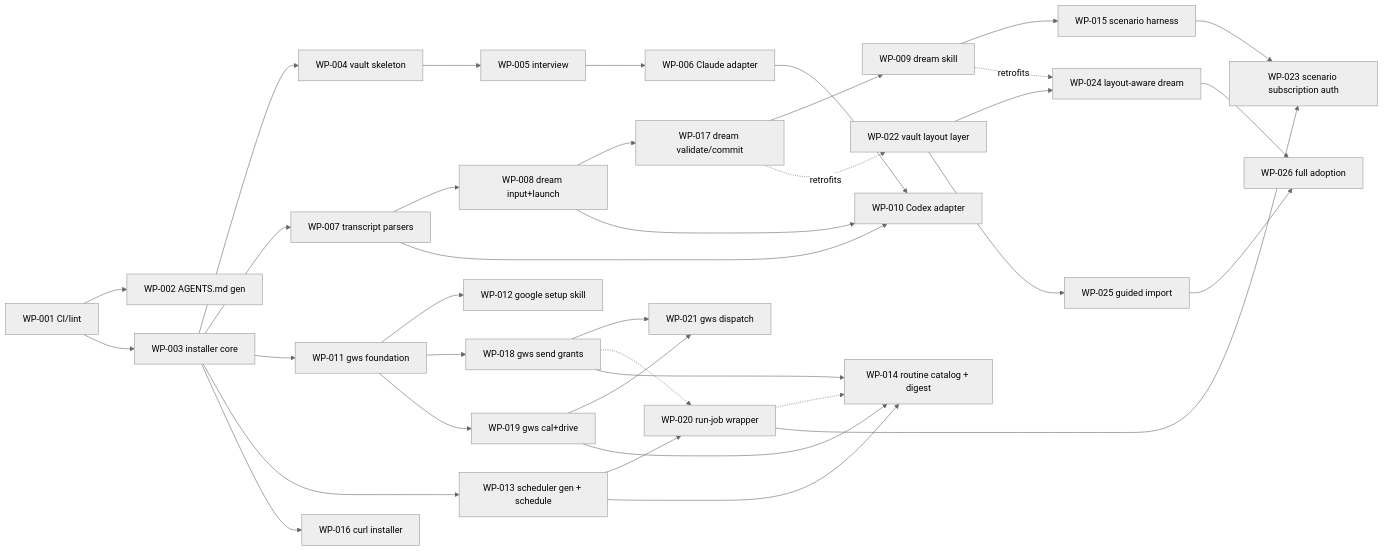
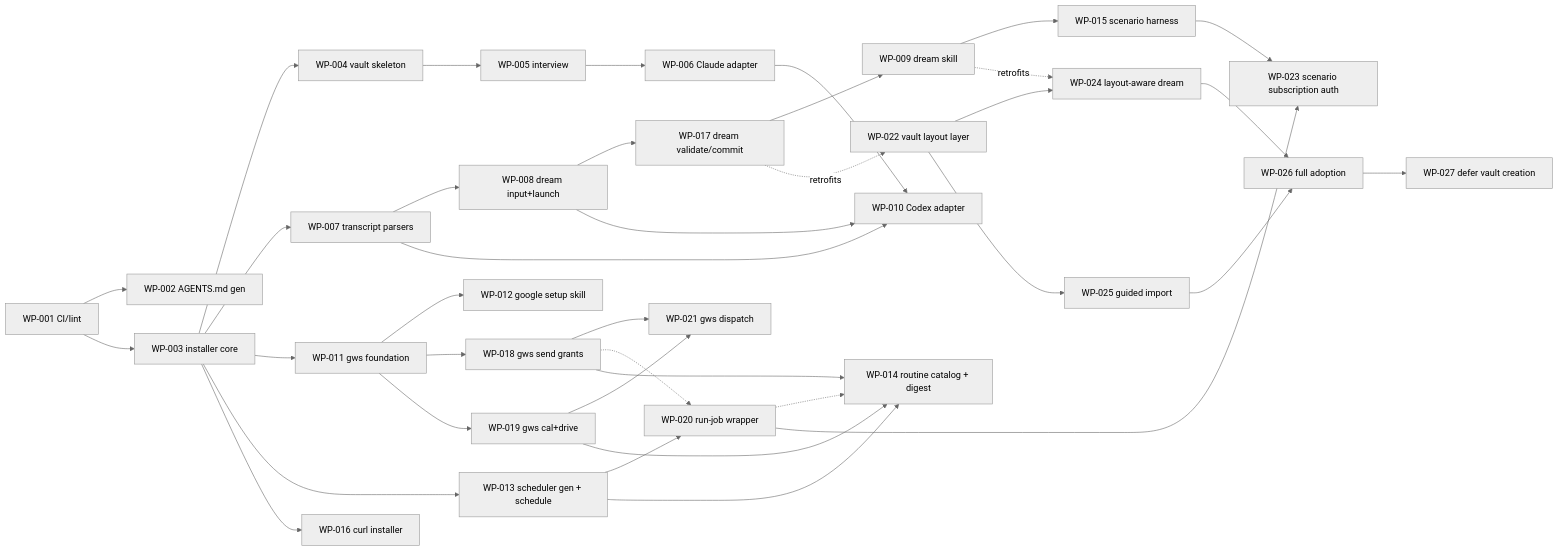
Before and after one commit to wienerdog-ai/wienerdog: the diagram in docs/specs/ROADMAP.md, drawn with Mermaid (neutral theme). The commit also changed other lines of this file and 1 other file, not shown here.

Commit message:
docs(specs): WP-027 defer vault creation to the setup choice — Ready
Fixes the phantom-vault rough edge: init leaves vault: null + a next-step,
doctor warns (not fails) on no-vault-yet, and the setup skill's fresh/import
paths run 'init --fresh-vault' explicitly. Adopt no longer competes with an
eagerly-created default vault.

Claude-Session: https://claude.ai/code/session_014EA5BsHCfHRViJFXdovC86

````diff
--- a/docs/specs/ROADMAP.md
+++ b/docs/specs/ROADMAP.md
@@ -51,38 +52,39 @@
 ```mermaid
 graph LR
   WP001[WP-001 CI/lint] --> WP002[WP-002 AGENTS.md gen]
   WP001 --> WP003[WP-003 installer core]
   WP003 --> WP004[WP-004 vault skeleton]
   WP004 --> WP005[WP-005 interview]
   WP005 --> WP006[WP-006 Claude adapter]
   WP003 --> WP007[WP-007 transcript parsers]
   WP007 --> WP008[WP-008 dream input+launch]
   WP008 --> WP017[WP-017 dream validate/commit]
   WP017 --> WP009[WP-009 dream skill]
   WP006 --> WP010[WP-010 Codex adapter]
   WP007 --> WP010
   WP008 --> WP010
   WP003 --> WP011[WP-011 gws foundation]
   WP011 --> WP012[WP-012 google setup skill]
   WP011 --> WP018[WP-018 gws send grants]
   WP011 --> WP019[WP-019 gws cal+drive]
   WP003 --> WP013[WP-013 scheduler gen + schedule]
   WP018 --> WP021[WP-021 gws dispatch]
   WP019 --> WP021
   WP013 --> WP020[WP-020 run-job wrapper]
   WP018 -.-> WP020
   WP018 --> WP014[WP-014 routine catalog + digest]
   WP019 --> WP014
   WP013 --> WP014
   WP020 -.-> WP014
   WP009 --> WP015[WP-015 scenario harness]
   WP003 --> WP016[WP-016 curl installer]
   WP015 --> WP023[WP-023 scenario subscription auth]
   WP020 --> WP023
   WP017 -.retrofits.-> WP022[WP-022 vault layout layer]
   WP009 -.retrofits.-> WP024[WP-024 layout-aware dream]
   WP022 --> WP024
   WP022 --> WP025[WP-025 guided import]
   WP024 --> WP026[WP-026 full adoption]
   WP025 --> WP026
+  WP026 --> WP027[WP-027 defer vault creation]
 ```
````
